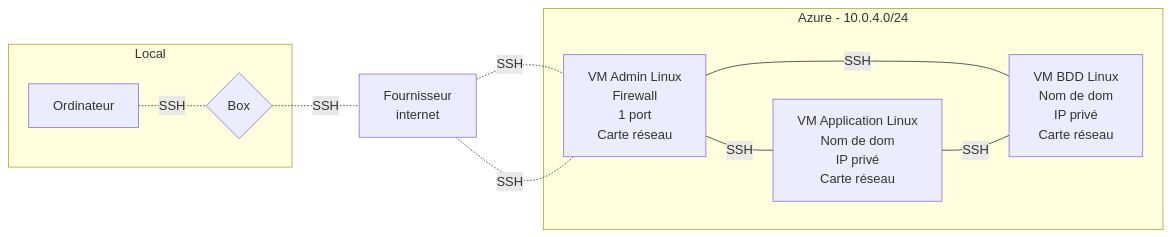
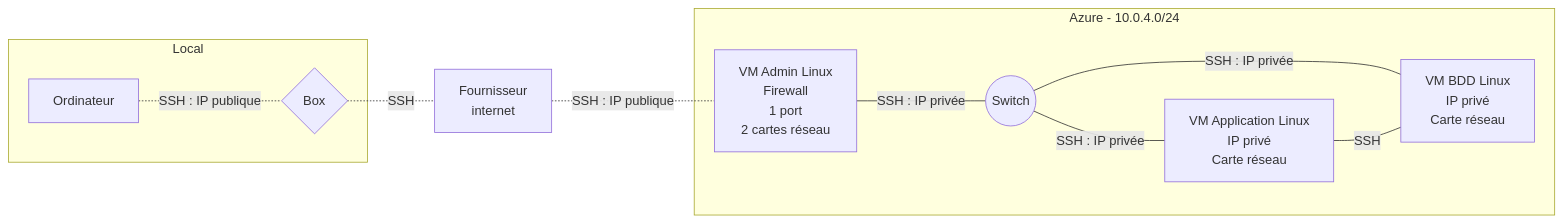
Before and after one commit to simplon-ThomasJulian/Brief2_Groupe4: the diagram in Brouillon.md, drawn with Mermaid. The commit also changed other lines of this file, not shown here.

````diff
--- a/Brouillon.md
+++ b/Brouillon.md
@@ -18,14 +1,14 @@
 ```mermaid
 flowchart LR
     subgraph Local
-    A[Ordinateur] -.-|SSH| B{Box}
+    A[Ordinateur] -.-|SSH : IP publique| B{Box}
     end
     B -.-|SSH| C[Fournisseur <br /> internet]
-    C -.-|SSH| D[VM Admin <br /> Linux]
-    C -.-|SSH| D[VM Admin Linux <br /> Firewall <br /> 1 port <br /> Carte réseau]
+    C -.-|SSH : IP publique| D[VM Admin Linux <br /> Firewall <br /> 1 port <br /> 2 cartes réseau]
     subgraph Azure - 10.0.4.0/24
-    D ---|SSH| E[VM Application Linux <br /> Nom de dom  <br /> IP privé  <br /> Carte réseau]
-    D ---|SSH| F[VM BDD Linux  <br /> Nom de dom  <br /> IP privé  <br /> Carte réseau]
-    E---|SSH| F
+    D ---|SSH : IP privée| E((Switch))
+    E ---|SSH : IP privée| F[VM BDD Linux <br /> IP privé  <br /> Carte réseau]
+    E ---|SSH : IP privée| G[VM Application Linux <br /> IP privé  <br /> Carte réseau]
+    G---|SSH| F
     end
 ```
````
